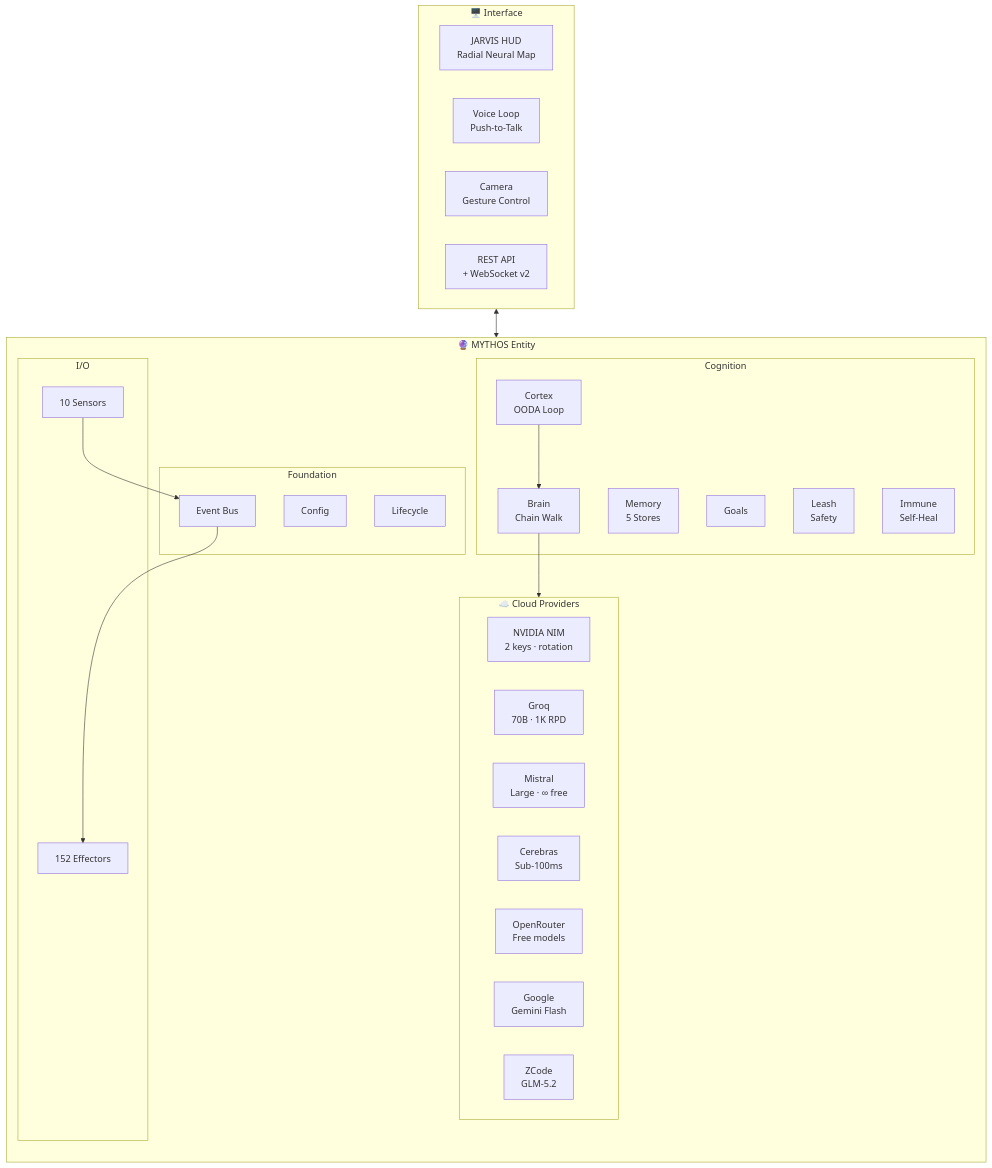
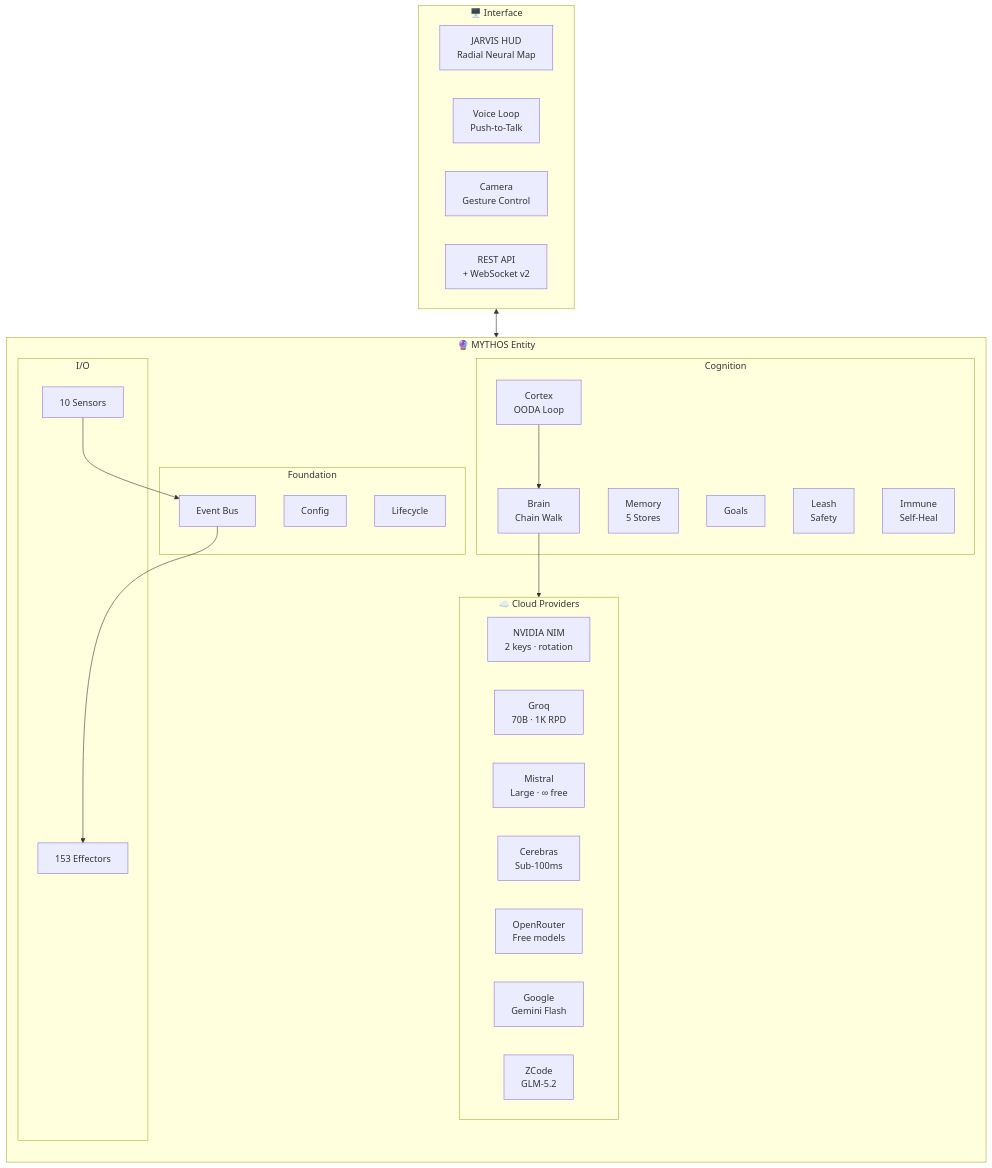
Before and after one commit to HailLucifer666/Agent_OS: the first of 11 diagrams in README.md, drawn with Mermaid. The commit also changed other lines of this file and 10 other files, not shown here.

````diff
--- a/README.md
+++ b/README.md
@@ -48,45 +48,45 @@
 ```mermaid
 flowchart TB
     subgraph Cloud["☁️ Cloud Providers"]
         direction LR
         NIM["NVIDIA NIM<br/>2 keys · rotation"]
         GQ["Groq<br/>70B · 1K RPD"]
         MI["Mistral<br/>Large · ∞ free"]
         CE["Cerebras<br/>Sub-100ms"]
         OR["OpenRouter<br/>Free models"]
         GOOG["Google<br/>Gemini Flash"]
         ZC["ZCode<br/>GLM-5.2"]
     end
 
     subgraph MYTHOS["🔮 MYTHOS Entity"]
         direction TB
         subgraph Foundation["Foundation"]
             CFG["Config"]
             BUS["Event Bus"]
             LIFE["Lifecycle"]
         end
         subgraph Cognition["Cognition"]
             CORT["Cortex<br/>OODA Loop"]
             BRN["Brain<br/>Chain Walk"]
             MEM["Memory<br/>5 Stores"]
             GOAL["Goals"]
             LEASH["Leash<br/>Safety"]
             IMM["Immune<br/>Self-Heal"]
         end
         subgraph IOLayer["I/O"]
             SENS["10 Sensors"]
-            EFF["152 Effectors"]
+            EFF["153 Effectors"]
         end
         CORT --> BRN --> Cloud
         SENS --> BUS --> EFF
     end
 
     subgraph Interface["🖥️ Interface"]
         HUD["JARVIS HUD<br/>Radial Neural Map"]
         VOICE["Voice Loop<br/>Push-to-Talk"]
         CAM["Camera<br/>Gesture Control"]
         API["REST API<br/>+ WebSocket v2"]
     end
 
     Interface <--> MYTHOS
 ```
````
